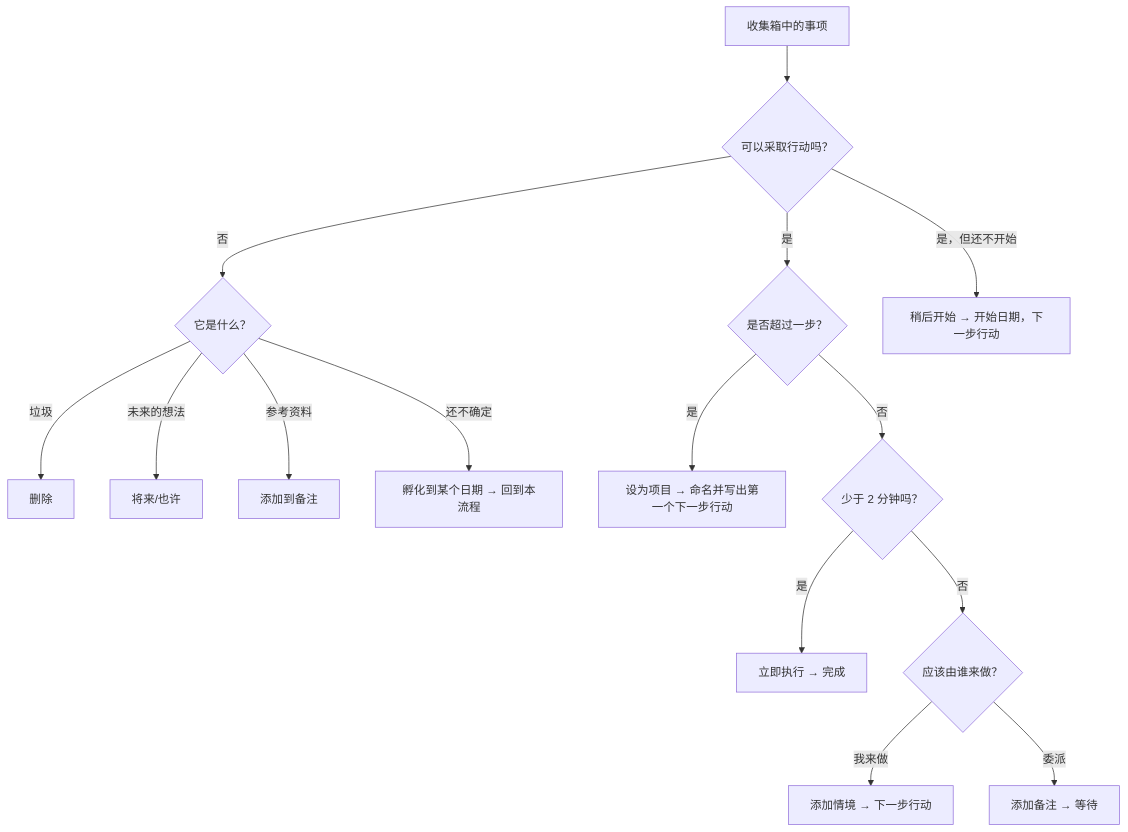
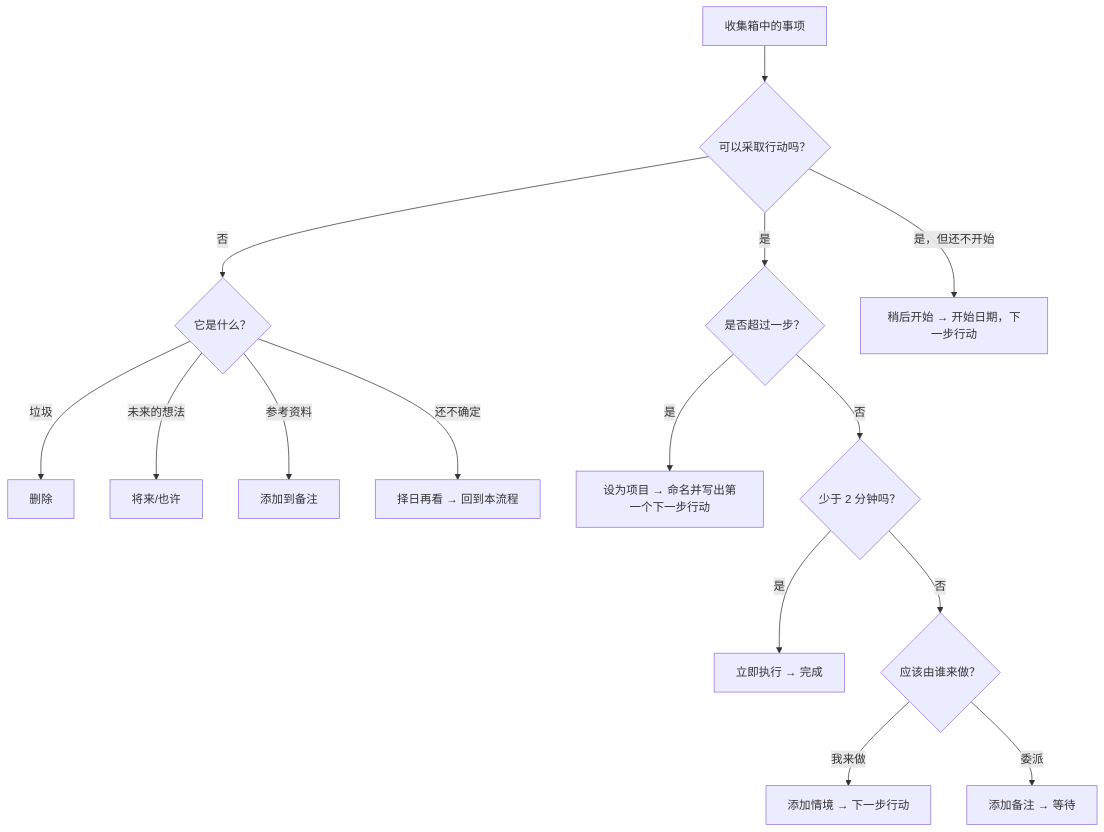
Before and after one commit to dongdongbh/mindwtr-web: the diagram in docs/zh-Hans/use/gtd-workflow.md, drawn with Mermaid. The commit also changed other lines of this file and 1 other file, not shown here.

````diff
--- a/docs/zh-Hans/use/gtd-workflow.md
+++ b/docs/zh-Hans/use/gtd-workflow.md
@@ -93,17 +93,17 @@
 ```mermaid
 flowchart TD
     A[收集箱中的事项] --> B{可以采取行动吗？}
     B -->|否| C{它是什么？}
     C -->|垃圾| D[删除]
     C -->|未来的想法| E[将来/也许]
     C -->|参考资料| F[添加到备注]
-    C -->|还不确定| N[孵化到某个日期 → 回到本流程]
+    C -->|还不确定| N[择日再看 → 回到本流程]
     B -->|是| P{是否超过一步？}
     B -->|是，但还不开始| S[稍后开始 → 开始日期，下一步行动]
     P -->|是| Q[设为项目 → 命名并写出第一个下一步行动]
     P -->|否| G{少于 2 分钟吗？}
     G -->|是| H[立即执行 → 完成]
     G -->|否| I{应该由谁来做？}
     I -->|我来做| J[添加情境 → 下一步行动]
     I -->|委派| K[添加备注 → 等待]
 ```
````
